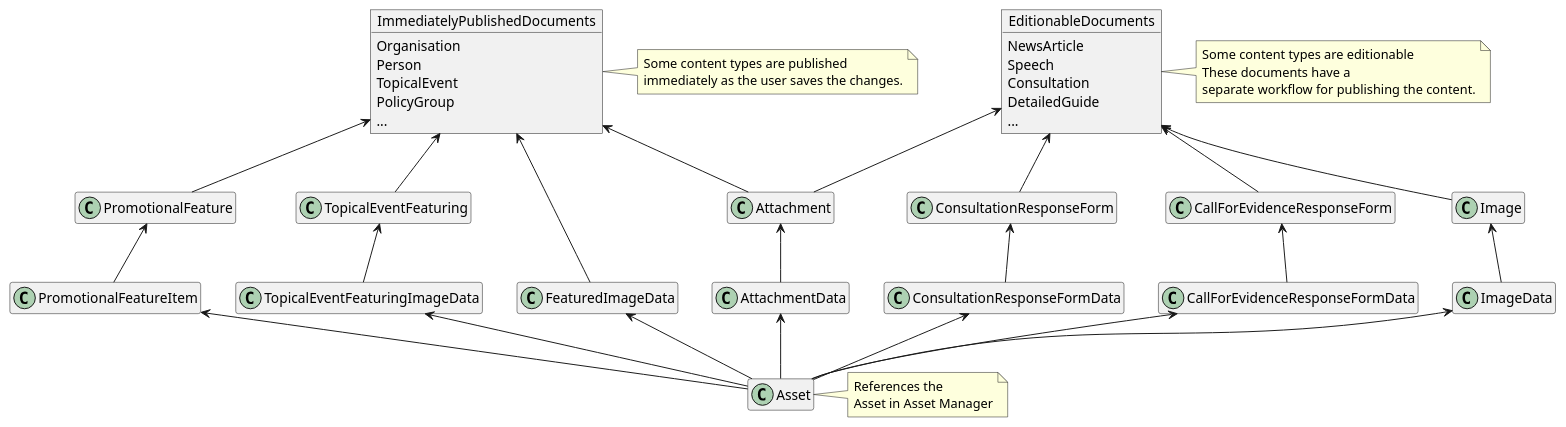
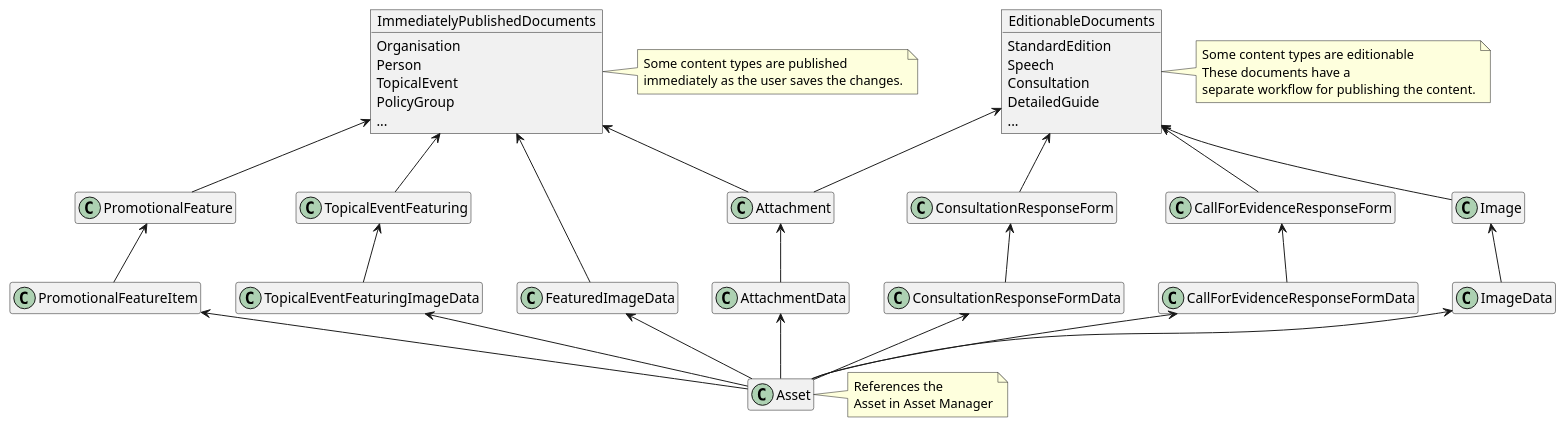
Before and after one commit to alphagov/whitehall: the diagram in docs/diagrams/asset_models.puml, drawn with PlantUML.

Commit message:
Update puml files to use StandardEdition instead of News Article

```diff
--- a/docs/diagrams/asset_models.puml
+++ b/docs/diagrams/asset_models.puml
@@ -1,54 +1,54 @@
 @startuml asset-models
 allowmixing
 hide empty members
 
 object ImmediatelyPublishedDocuments {
  Organisation
  Person
  TopicalEvent
  PolicyGroup
  ...
 }
 note right: Some content types are published\nimmediately as the user saves the changes.
 
 object EditionableDocuments {
- NewsArticle
+ StandardEdition
  Speech
  Consultation
  DetailedGuide
  ...
 }
 note right: Some content types are editionable\nThese documents have a\nseparate workflow for publishing the content.
 
 class FeaturedImageData
 class Asset
 note right: References the\nAsset in Asset Manager
 
 Attachment -up-> EditionableDocuments
 Attachment -up-> ImmediatelyPublishedDocuments
 AttachmentData -up-> Attachment
 Asset -up-> AttachmentData
 
 Image -up-> EditionableDocuments
 ImageData -up-> Image
 Asset -up-> ImageData
 
 FeaturedImageData -up-> ImmediatelyPublishedDocuments
 Asset -up-> FeaturedImageData
 
 CallForEvidenceResponseForm -up-> EditionableDocuments
 CallForEvidenceResponseFormData -up-> CallForEvidenceResponseForm
 Asset -up-> CallForEvidenceResponseFormData
 
 ConsultationResponseForm -up-> EditionableDocuments
 ConsultationResponseFormData -up-> ConsultationResponseForm
 Asset -up-> ConsultationResponseFormData
 
 TopicalEventFeaturing -up-> ImmediatelyPublishedDocuments
 TopicalEventFeaturingImageData -up-> TopicalEventFeaturing
 Asset -up-> TopicalEventFeaturingImageData
 
 PromotionalFeature -up-> ImmediatelyPublishedDocuments
 PromotionalFeatureItem -up-> PromotionalFeature
 Asset -up-> PromotionalFeatureItem
 @enduml
```
